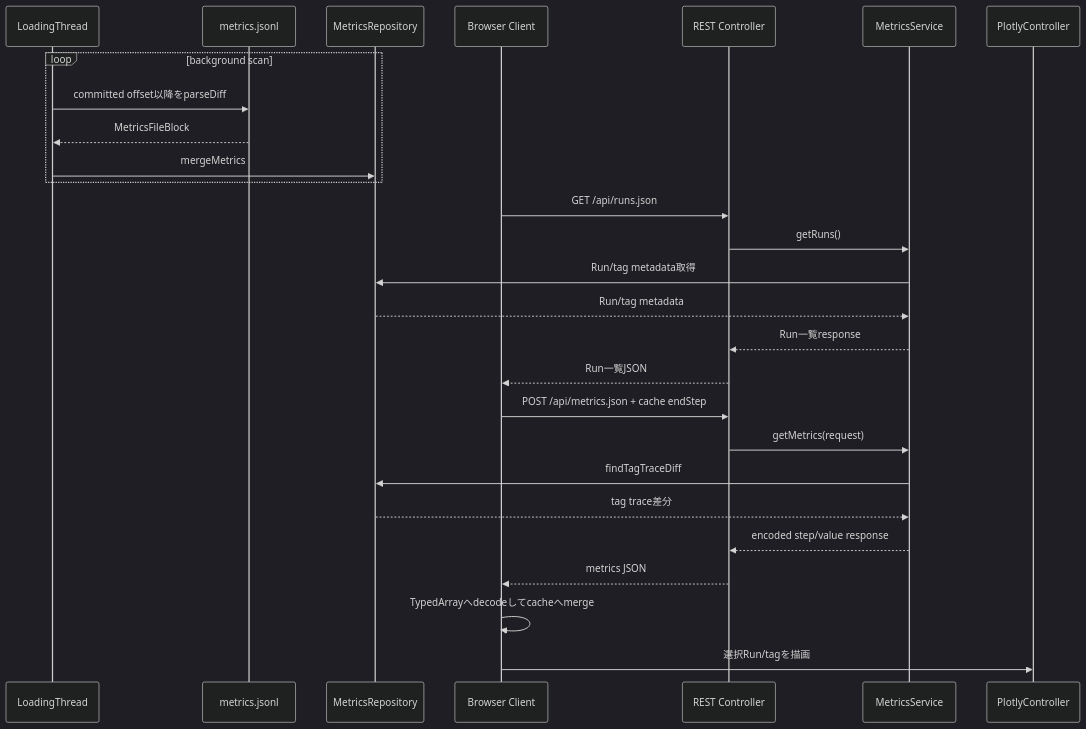
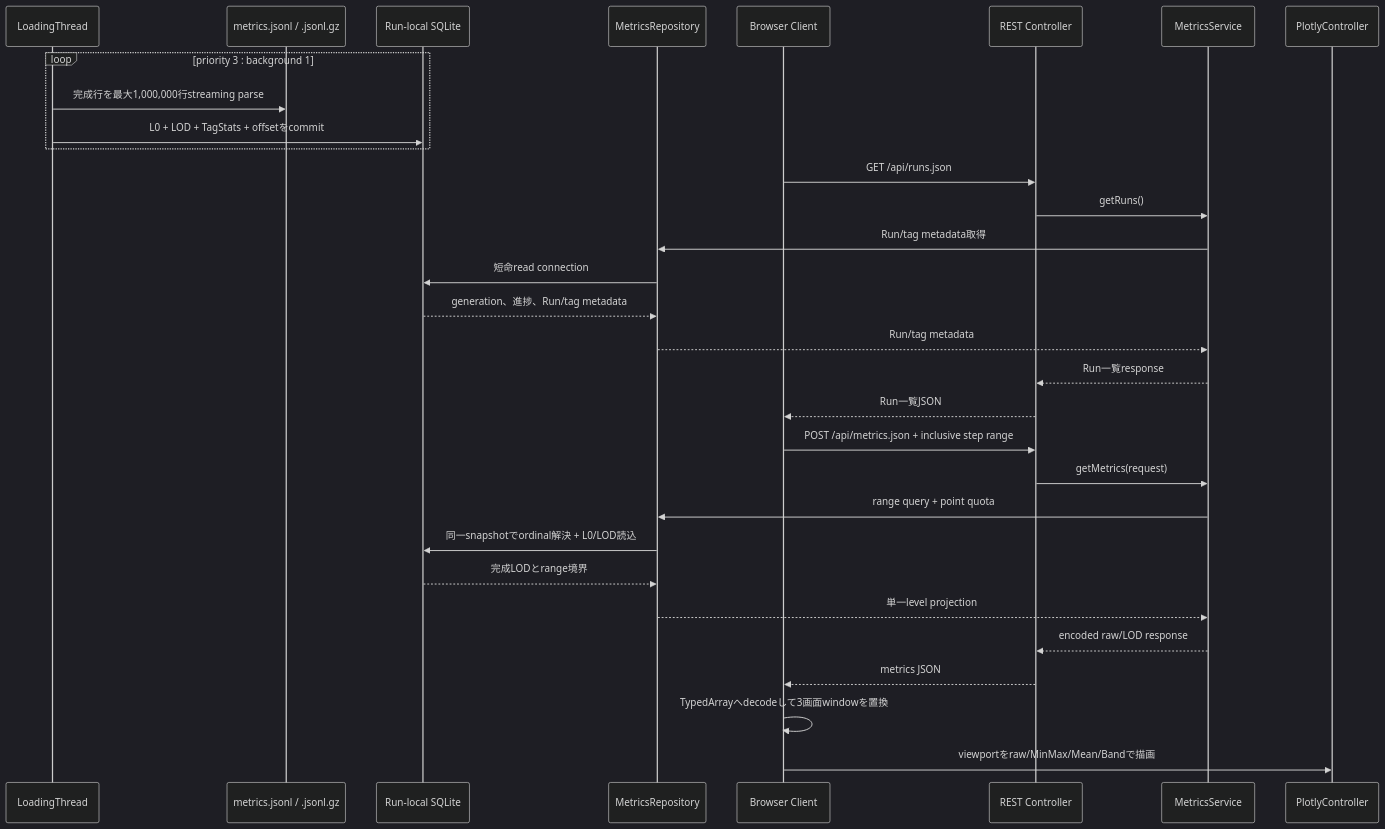
The third of 4 diagrams in docs/design/160_applications_and_tools.jp.md (kazukin123/anet-lab), drawn with Mermaid (dark theme) before and after one commit. The commit also changed other lines of this file and 72 other files, not shown here.

````diff
--- a/docs/design/160_applications_and_tools.jp.md
+++ b/docs/design/160_applications_and_tools.jp.md
@@ -201,31 +207,35 @@
 ```mermaid
 sequenceDiagram
     participant L as LoadingThread
-    participant F as metrics.jsonl
+    participant F as metrics.jsonl / .jsonl.gz
+    participant D as Run-local SQLite
     participant R as MetricsRepository
     participant B as Browser Client
     participant C as REST Controller
     participant S as MetricsService
     participant P as PlotlyController
 
-    loop background scan
-        L->>F: committed offset以降をparseDiff
-        F-->>L: MetricsFileBlock
-        L->>R: mergeMetrics
+    loop priority 3 : background 1
+        L->>F: 完成行を最大1,000,000行streaming parse
+        L->>D: L0 + LOD + TagStats + offsetをcommit
     end
 
     B->>C: GET /api/runs.json
     C->>S: getRuns()
     S->>R: Run/tag metadata取得
+    R->>D: 短命read connection
+    D-->>R: generation、進捗、Run/tag metadata
     R-->>S: Run/tag metadata
     S-->>C: Run一覧response
     C-->>B: Run一覧JSON
-    B->>C: POST /api/metrics.json + cache endStep
+    B->>C: POST /api/metrics.json + inclusive step range
     C->>S: getMetrics(request)
-    S->>R: findTagTraceDiff
-    R-->>S: tag trace差分
-    S-->>C: encoded step/value response
+    S->>R: range query + point quota
+    R->>D: 同一snapshotでordinal解決 + L0/LOD読込
+    D-->>R: 完成LODとrange境界
+    R-->>S: 単一level projection
+    S-->>C: encoded raw/LOD response
     C-->>B: metrics JSON
-    B->>B: TypedArrayへdecodeしてcacheへmerge
-    B->>P: 選択Run/tagを描画
+    B->>B: TypedArrayへdecodeして3画面windowを置換
+    B->>P: viewportをraw/MinMax/Mean/Bandで描画
 ```
````
